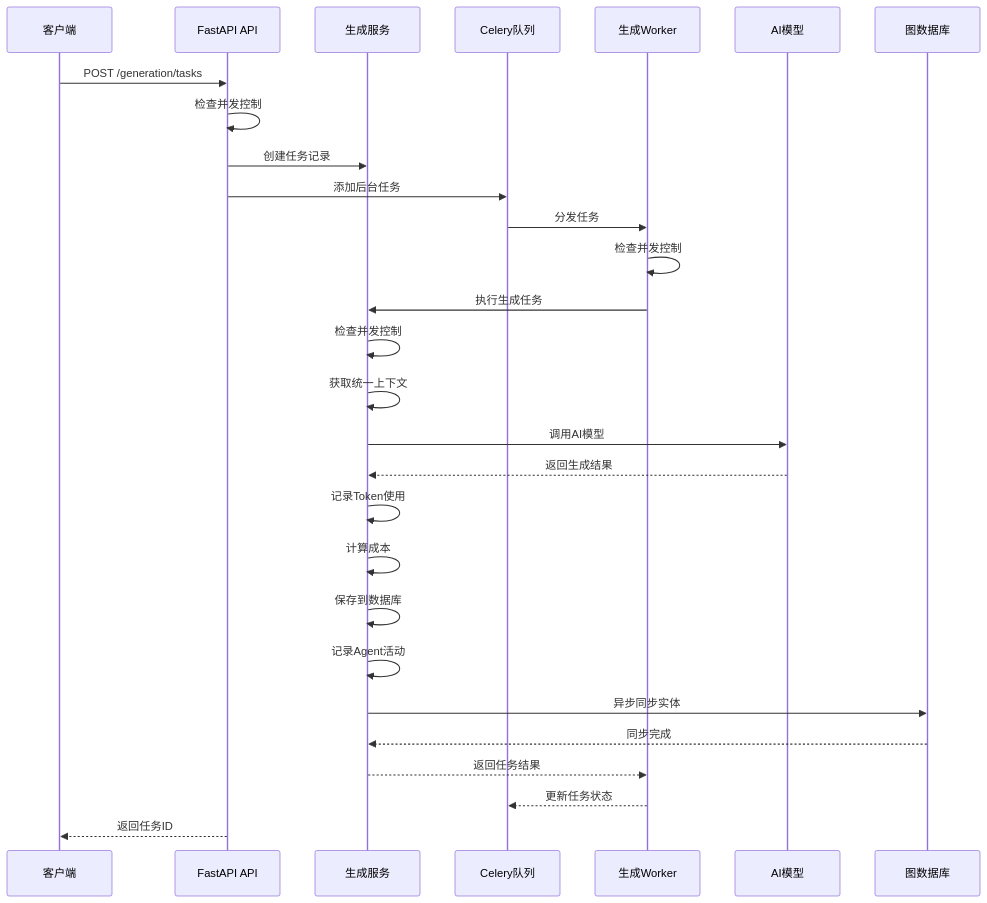
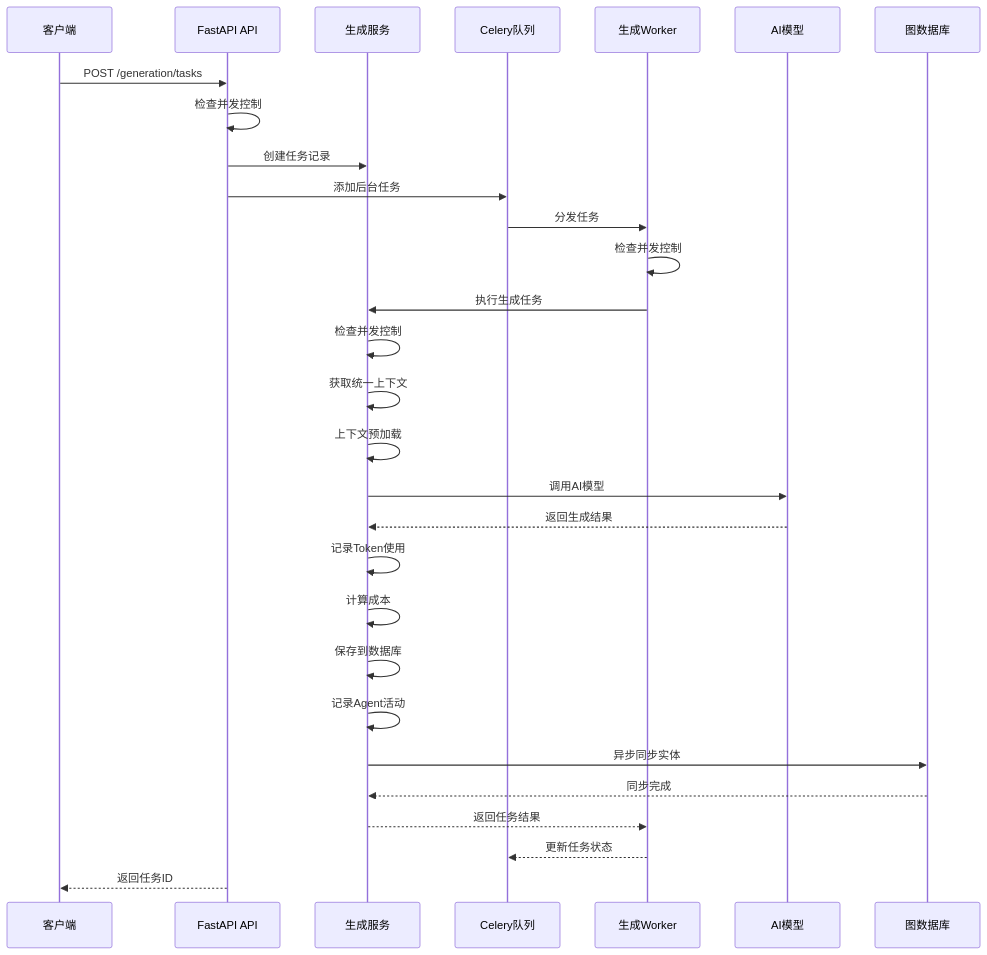
The ninth of 27 diagrams in .qoder/repowiki/zh/content/Generation Service.md (xfbyxq/ai-novel-system), drawn with Mermaid before and after one commit. The commit also changed other lines of this file and 3 other files, not shown here.

````diff
--- a/.qoder/repowiki/zh/content/Generation Service.md
+++ b/.qoder/repowiki/zh/content/Generation Service.md
@@ -426,30 +611,31 @@
 ```mermaid
 sequenceDiagram
 participant Client as 客户端
 participant API as FastAPI API
 participant Service as 生成服务
 participant Queue as Celery队列
 participant Worker as 生成Worker
 participant LLM as AI模型
 participant GraphDB as 图数据库
 Client->>API : POST /generation/tasks
 API->>API : 检查并发控制
 API->>Service : 创建任务记录
 API->>Queue : 添加后台任务
 Queue->>Worker : 分发任务
 Worker->>Worker : 检查并发控制
 Worker->>Service : 执行生成任务
 Service->>Service : 检查并发控制
 Service->>Service : 获取统一上下文
+Service->>Service : 上下文预加载
 Service->>LLM : 调用AI模型
 LLM-->>Service : 返回生成结果
 Service->>Service : 记录Token使用
 Service->>Service : 计算成本
 Service->>Service : 保存到数据库
 Service->>Service : 记录Agent活动
 Service->>GraphDB : 异步同步实体
 GraphDB-->>Service : 同步完成
 Service-->>Worker : 返回任务结果
 Worker-->>Queue : 更新任务状态
 API-->>Client : 返回任务ID
 ```
````
